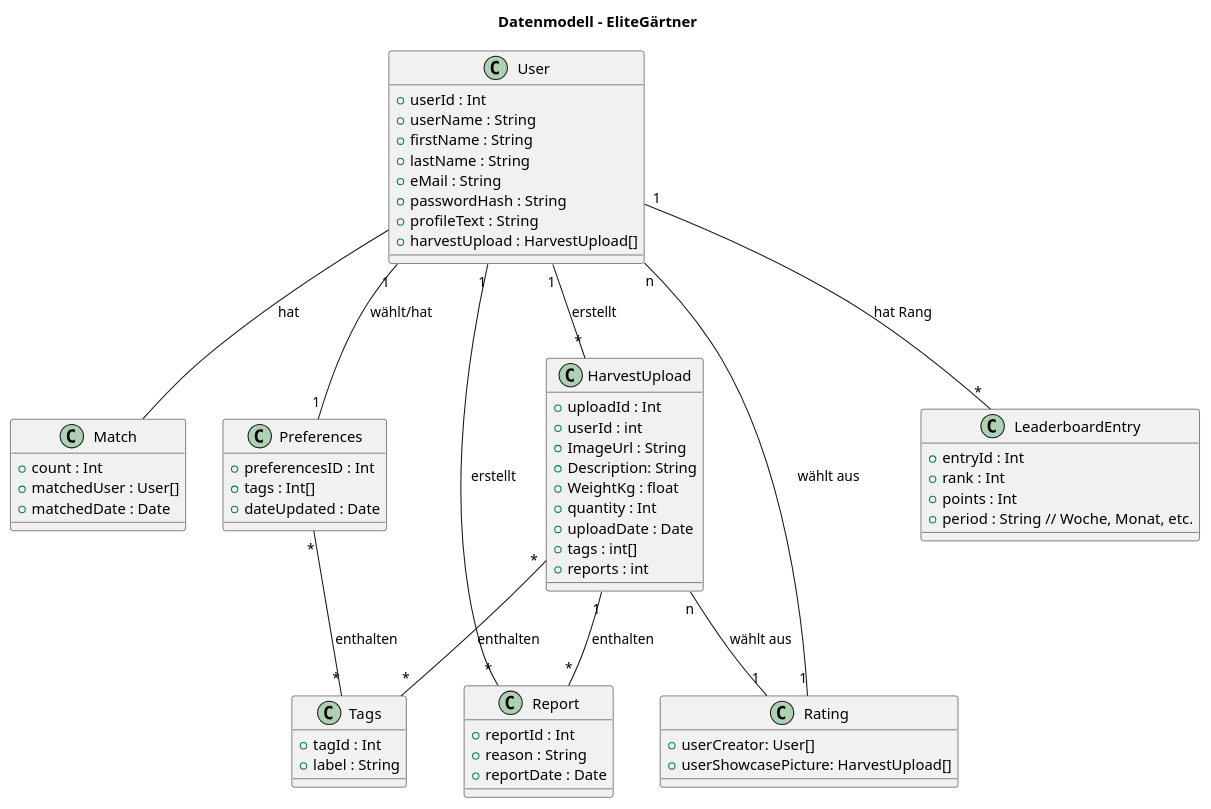
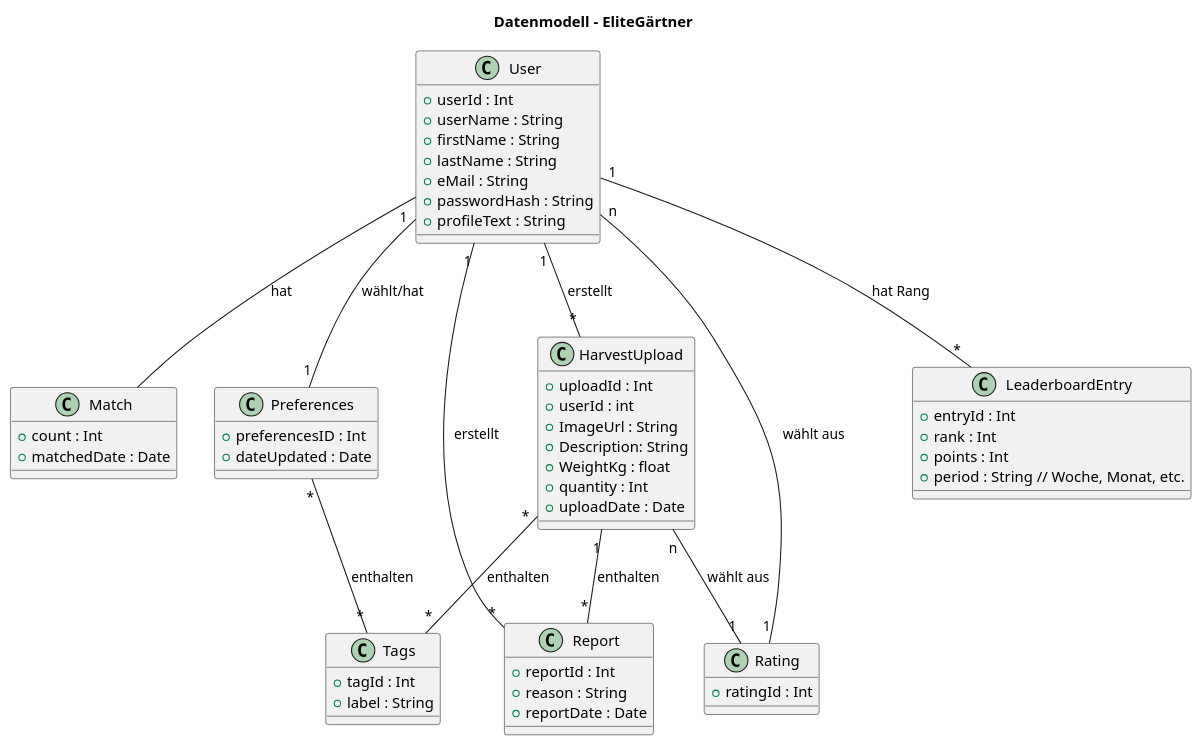
The diagram in EliteGaertner/docs/Datenmodell2.0.puml (Team-Spassgetraenk/EliteGaertner), drawn with PlantUML before and after one commit. The commit also changed 3 other files, not shown here.

```diff
--- a/EliteGaertner/docs/Datenmodell2.0.puml
+++ b/EliteGaertner/docs/Datenmodell2.0.puml
@@ -1,91 +1,85 @@
 @startuml
 title Datenmodell – EliteGärtner
 
 
 skinparam ranksep 70
 
 class Match {
    +count : Int
-   +matchedUser : User[]
    +matchedDate : Date     
 }
 
 class User {
     +userId : Int 
     +userName : String 
     +firstName : String 
     +lastName : String 
     +eMail : String 
     +passwordHash : String 
     +profileText : String 
-    +harvestUpload : HarvestUpload[]
 }
 
 class Preferences {
     +preferencesID : Int 
-    +tags : Int[] 
     +dateUpdated : Date 
 }
 
 class Tags {
     +tagId : Int
     +label : String
 }
 
 class HarvestUpload {
     +uploadId : Int 
     +userId : int 
     +ImageUrl : String 
     +Description: String 
     +WeightKg : float 
     +quantity : Int 
     +uploadDate : Date 
-    +tags : int[] 
-    +reports : int  
 }
 
 class Rating {
-    +userCreator: User[]
-    +userShowcasePicture: HarvestUpload[]
+    +ratingId : Int
 }
 
 class Report {
   +reportId : Int
   +reason : String
   +reportDate : Date
 }
 
 class LeaderboardEntry {
   +entryId : Int
   +rank : Int
   +points : Int
   +period : String // Woche, Monat, etc.
 }
 
 
 
 '--- Beziehungen ---
 
 User "1" -- "*" LeaderboardEntry : hat Rang
 User "1" -- "1" Preferences : wählt/hat
 User "1" -- "*" HarvestUpload : erstellt
 User "1" -- "*" Report : erstellt
 User -- Match : hat
 
 Preferences "*" -- "*" Tags : enthalten
 
 HarvestUpload "*" -- "*" Tags : enthalten
 HarvestUpload "1" -- "*" Report : enthalten
 HarvestUpload "n" -- "1" Rating : wählt aus
 User "n" -- "1" Rating : wählt aus
 
 
 
 
 
 
 
 
 
 
 @enduml
```
